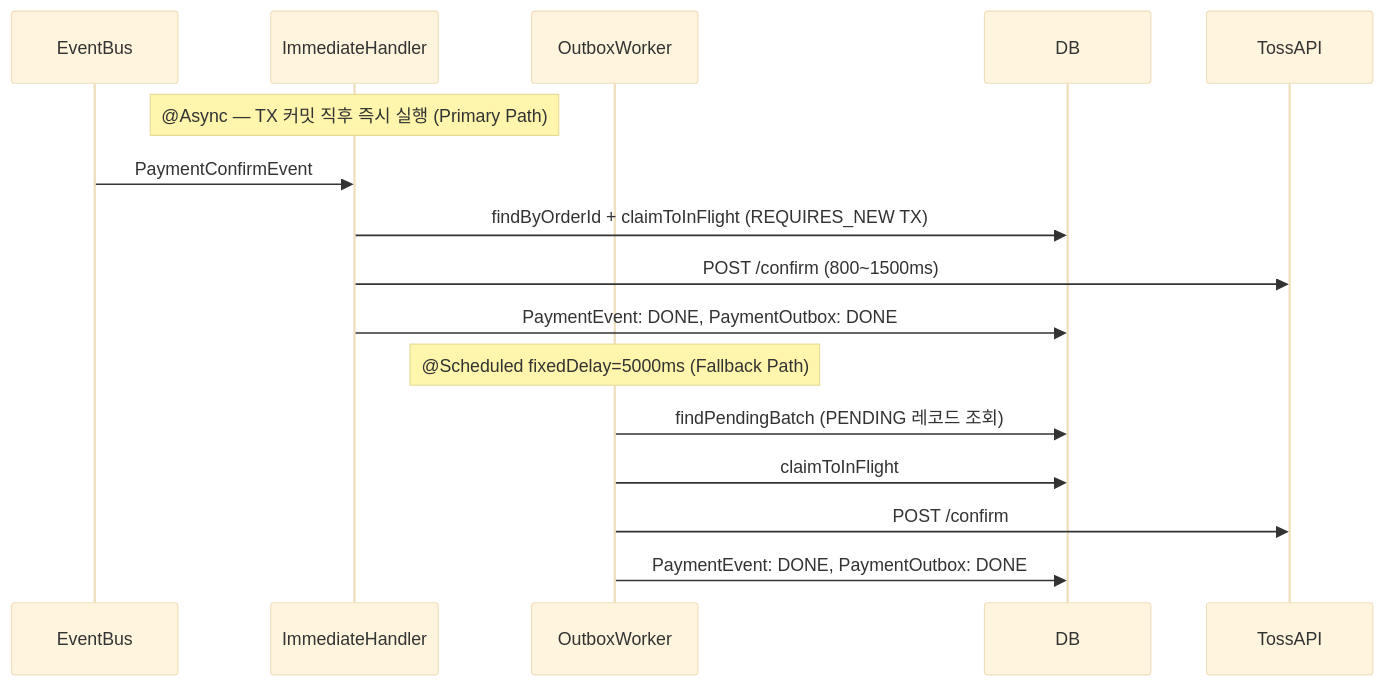
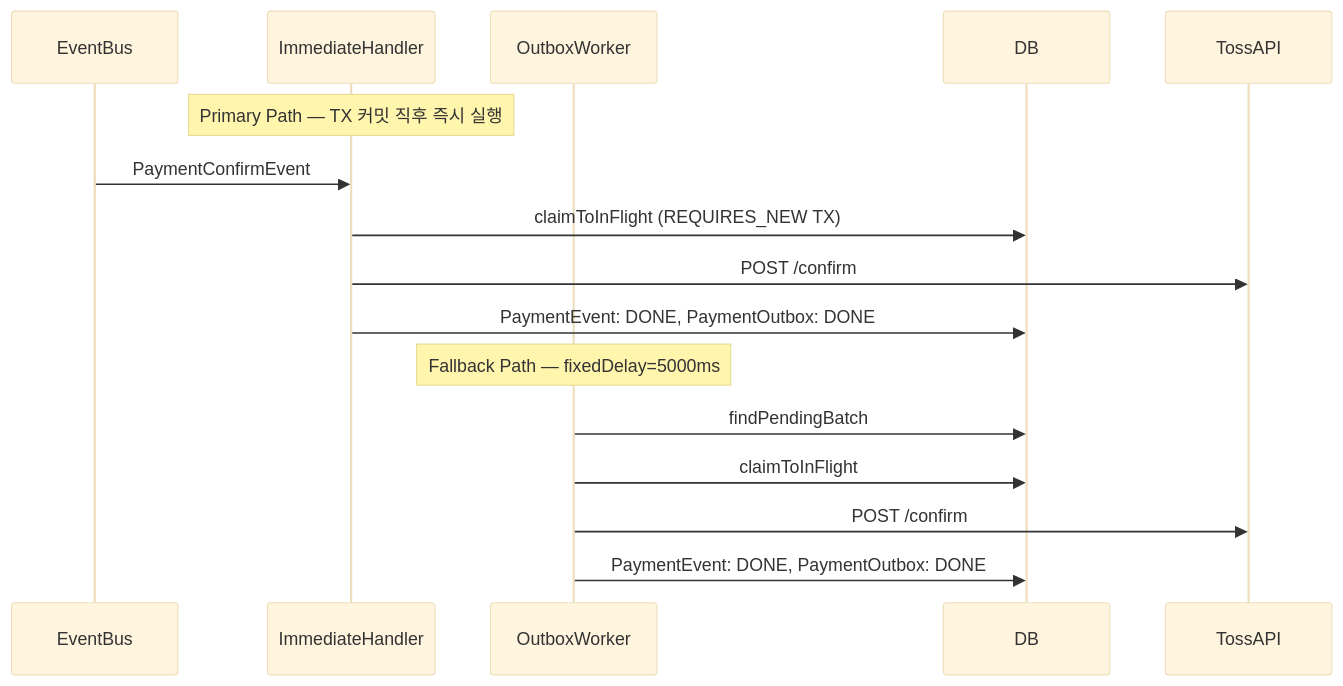
The fourth of 6 diagrams in docs/BENCHMARK-REPORT.md (hyoguoo/payment-platform), drawn with Mermaid (base theme) before and after one commit. The commit also changed other lines of this file and 1 other file, not shown here.

````diff
--- a/docs/BENCHMARK-REPORT.md
+++ b/docs/BENCHMARK-REPORT.md
@@ -108,21 +108,20 @@
 ```mermaid
 sequenceDiagram
     participant EventBus
     participant ImmediateHandler
     participant OutboxWorker
     participant DB
     participant TossAPI
 
-    Note over ImmediateHandler: @Async — TX 커밋 직후 즉시 실행 (Primary Path)
+    Note over ImmediateHandler: Primary Path — TX 커밋 직후 즉시 실행
     EventBus->>ImmediateHandler: PaymentConfirmEvent
-
-    ImmediateHandler->>DB: findByOrderId + claimToInFlight (REQUIRES_NEW TX)
-    ImmediateHandler->>TossAPI: POST /confirm (800~1500ms)
+    ImmediateHandler->>DB: claimToInFlight (REQUIRES_NEW TX)
+    ImmediateHandler->>TossAPI: POST /confirm
     ImmediateHandler->>DB: PaymentEvent: DONE, PaymentOutbox: DONE
 
-    Note over OutboxWorker: @Scheduled fixedDelay=5000ms (Fallback Path)
-    OutboxWorker->>DB: findPendingBatch (PENDING 레코드 조회)
+    Note over OutboxWorker: Fallback Path — fixedDelay=5000ms
+    OutboxWorker->>DB: findPendingBatch
     OutboxWorker->>DB: claimToInFlight
     OutboxWorker->>TossAPI: POST /confirm
     OutboxWorker->>DB: PaymentEvent: DONE, PaymentOutbox: DONE
 ```
````
